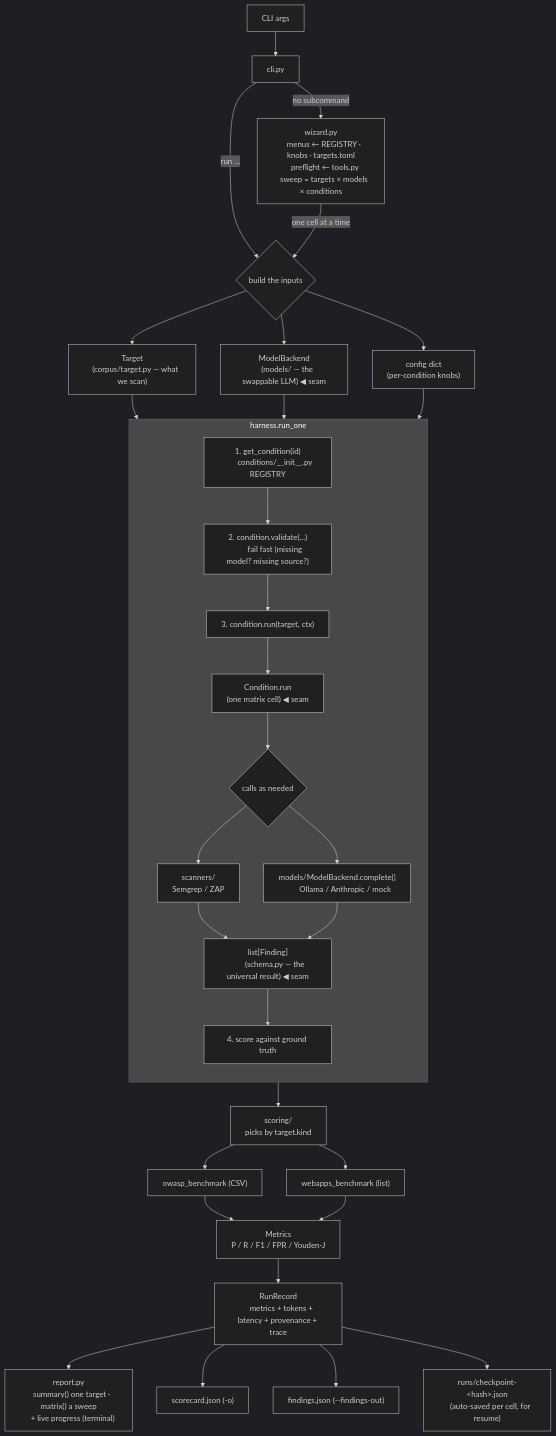
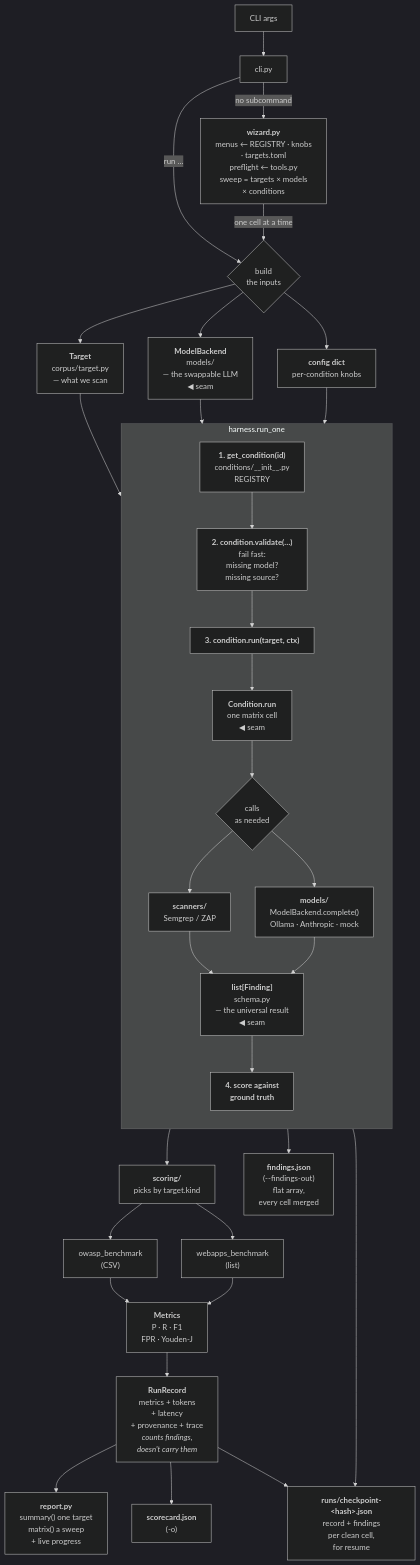
One commit to advaitsangle/llm-vulnbench changed the diagram in ARCHITECTURE.md. Above: the diagram before and after it, drawn with Mermaid (dark theme).

Commit message:
docs(architecture): redraw the pipeline diagram so Mermaid renders it
The node labels relied on literal newlines, which Mermaid collapses — every
box came out as one run-on line and the diagram was only readable as raw
text. Use explicit <br/> breaks, bold the node names, and split the longer
labels so no box stretches the graph sideways.

Same pass corrects the wiring at the bottom: findings.json and the finding
list inside a checkpoint both come off FINDINGS, not RunRecord. The record
only carries n_findings, and drawing it otherwise implied the findings were
recoverable from a scorecard.

````diff
--- a/ARCHITECTURE.md
+++ b/ARCHITECTURE.md
@@ -37,59 +37,42 @@
 ```mermaid
 flowchart TD
     ARGS["CLI args"] --> CLI["cli.py"]
-    CLI -- "no subcommand" --> WIZ["wizard.py
-    menus ← REGISTRY · knobs · targets.toml
-    preflight ← tools.py
-    sweep = targets × models × conditions"]
+    CLI -- "no subcommand" --> WIZ["<b>wizard.py</b><br/>menus ← REGISTRY · knobs<br/>· targets.toml<br/>preflight ← tools.py<br/>sweep = targets × models<br/>× conditions"]
     CLI -- "run …" --> BUILD
     WIZ -- "one cell at a time" --> BUILD
-    BUILD{"build the inputs"}
-    BUILD --> TARGET["Target
-    (corpus/target.py — what we scan)"]
-    BUILD --> MODEL["ModelBackend
-    (models/ — the swappable LLM) ◀ seam"]
-    BUILD --> CONFIG["config dict
-    (per-condition knobs)"]
+    BUILD{"build<br/>the inputs"}
+    BUILD --> TARGET["<b>Target</b><br/>corpus/target.py<br/>— what we scan"]
+    BUILD --> MODEL["<b>ModelBackend</b><br/>models/<br/>— the swappable LLM<br/>◀ seam"]
+    BUILD --> CONFIG["<b>config dict</b><br/>per-condition knobs"]
 
     TARGET --> HARNESS
     MODEL --> HARNESS
     CONFIG --> HARNESS
 
     subgraph HARNESS["harness.run_one"]
         direction TB
-        STEP1["1. get_condition(id)
-        conditions/__init__.py REGISTRY"] --> STEP2
-        STEP2["2. condition.validate(...)
-        fail fast (missing model? missing source?)"] --> STEP3
-        STEP3["3. condition.run(target, ctx)"] --> RUN
-        RUN["Condition.run
-        (one matrix cell) ◀ seam"] --> CALLS
-        CALLS{"calls as needed"} --> SCANNERS
+        STEP1["<b>1. get_condition(id)</b><br/>conditions/__init__.py<br/>REGISTRY"] --> STEP2
+        STEP2["<b>2. condition.validate(…)</b><br/>fail fast:<br/>missing model?<br/>missing source?"] --> STEP3
+        STEP3["<b>3. condition.run(target, ctx)</b>"] --> RUN
+        RUN["<b>Condition.run</b><br/>one matrix cell<br/>◀ seam"] --> CALLS
+        CALLS{"calls<br/>as needed"} --> SCANNERS
         CALLS --> BACKEND
-        SCANNERS["scanners/
-        Semgrep / ZAP"] --> FINDINGS
-        BACKEND["models/ModelBackend.complete()
-        Ollama / Anthropic / mock"] --> FINDINGS
-        FINDINGS["list[Finding]
-        (schema.py — the universal result) ◀ seam"] --> SCORE
-        SCORE["4. score against ground truth"]
+        SCANNERS["<b>scanners/</b><br/>Semgrep / ZAP"] --> FINDINGS
+        BACKEND["<b>models/</b><br/>ModelBackend.complete()<br/>Ollama · Anthropic · mock"] --> FINDINGS
+        FINDINGS["<b>list[Finding]</b><br/>schema.py<br/>— the universal result<br/>◀ seam"] --> SCORE
+        SCORE["<b>4. score against<br/>ground truth</b>"]
     end
 
-    SCORE --> SCORING["scoring/
-    picks by target.kind"]
-    SCORING --> OWASP["owasp_benchmark (CSV)"]
-    SCORING --> WEBAPPS["webapps_benchmark (list)"]
-    OWASP --> METRICS["Metrics
-    P / R / F1 / FPR / Youden-J"]
+    SCORE --> SCORING["<b>scoring/</b><br/>picks by target.kind"]
+    SCORING --> OWASP["owasp_benchmark<br/>(CSV)"]
+    SCORING --> WEBAPPS["webapps_benchmark<br/>(list)"]
+    OWASP --> METRICS["<b>Metrics</b><br/>P · R · F1<br/>FPR · Youden-J"]
     WEBAPPS --> METRICS
-    METRICS --> RECORD["RunRecord
-    metrics + tokens + latency + provenance + trace"]
+    METRICS --> RECORD["<b>RunRecord</b><br/>metrics + tokens<br/>+ latency<br/>+ provenance + trace<br/><i>counts findings,<br/>doesn't carry them</i>"]
 
-    RECORD --> REPORT["report.py
-    summary() one target · matrix() a sweep
-    + live progress (terminal)"]
-    RECORD --> SCORECARD["scorecard.json (-o)"]
-    RECORD --> FINDINGSOUT["findings.json (--findings-out)"]
-    RECORD --> CHECKPOINT["runs/checkpoint-&lt;hash&gt;.json
-    (auto-saved per cell, for resume)"]
+    RECORD --> REPORT["<b>report.py</b><br/>summary() one target<br/>matrix() a sweep<br/>+ live progress"]
+    RECORD --> SCORECARD["<b>scorecard.json</b><br/>(-o)"]
+    FINDINGS --> FINDINGSOUT["<b>findings.json</b><br/>(--findings-out)<br/>flat array,<br/>every cell merged"]
+    RECORD --> CHECKPOINT["<b>runs/checkpoint-&lt;hash&gt;.json</b><br/>record + findings<br/>per clean cell,<br/>for resume"]
+    FINDINGS --> CHECKPOINT
 ```
````
